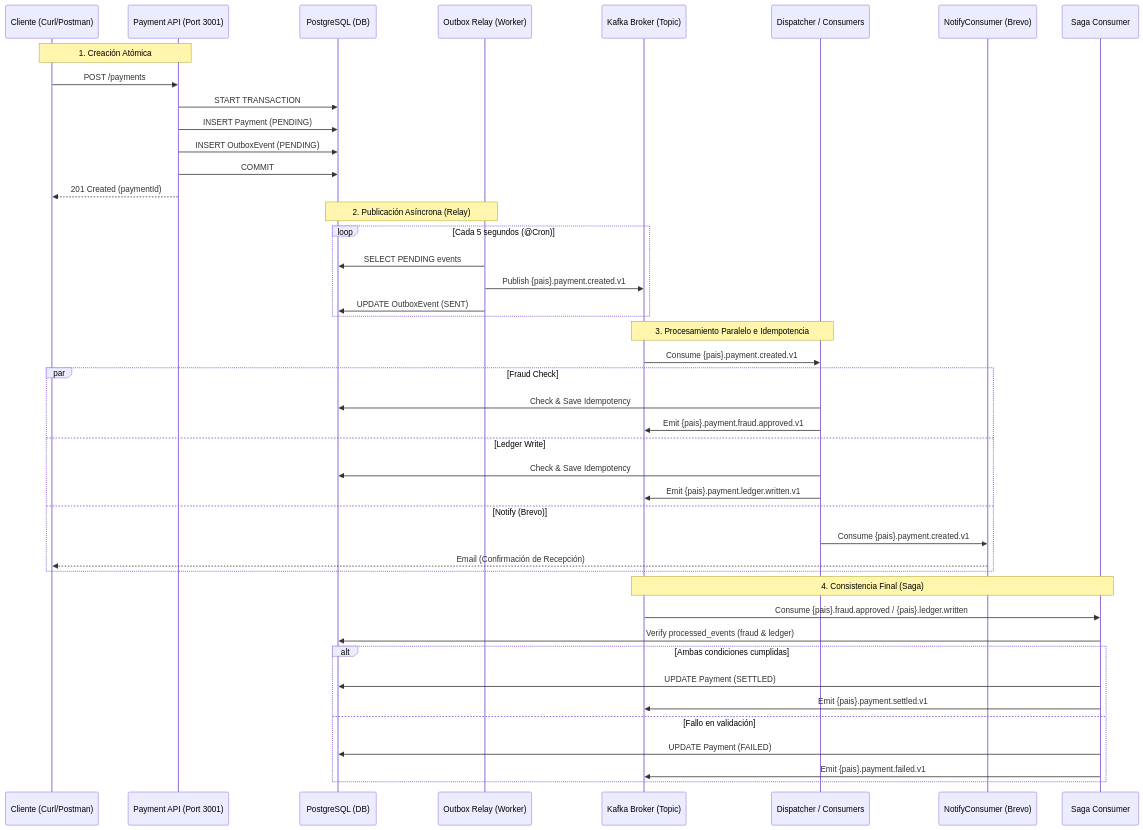
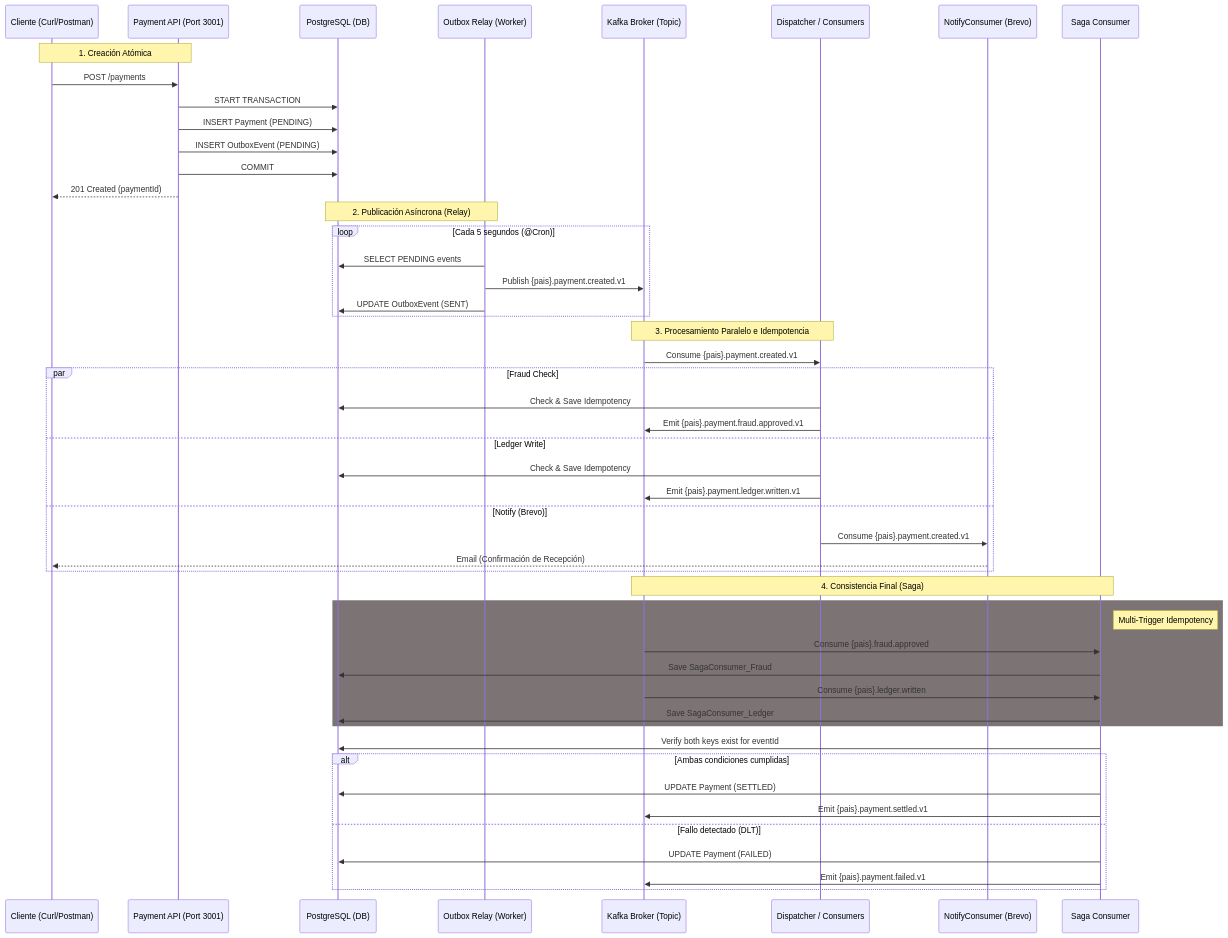
The first of 2 diagrams in challenge-1/README.md (yaperos/code-challenge-tl), drawn with Mermaid before and after one commit. The commit also changed other lines of this file and 17 other files, not shown here.

````diff
--- a/challenge-1/README.md
+++ b/challenge-1/README.md
@@ -11,50 +11,56 @@
 ```mermaid
 sequenceDiagram
     participant C as Cliente (Curl/Postman)
     participant API as Payment API (Port 3001)
     participant DB as PostgreSQL (DB)
     participant R as Outbox Relay (Worker)
     participant K as Kafka Broker (Topic)
     participant D as Dispatcher / Consumers
     participant N as NotifyConsumer (Brevo)
     participant S as Saga Consumer
 
     Note over C,API: 1. Creación Atómica
     C->>API: POST /payments
     API->>DB: START TRANSACTION
     API->>DB: INSERT Payment (PENDING)
     API->>DB: INSERT OutboxEvent (PENDING)
     API->>DB: COMMIT
     API-->>C: 201 Created (paymentId)
 
     Note over R,DB: 2. Publicación Asíncrona (Relay)
     loop Cada 5 segundos (@Cron)
         R->>DB: SELECT PENDING events
         R->>K: Publish {pais}.payment.created.v1
         R->>DB: UPDATE OutboxEvent (SENT)
     end
 
     Note over K,D: 3. Procesamiento Paralelo e Idempotencia
     K->>D: Consume {pais}.payment.created.v1
     par Fraud Check
         D->>DB: Check & Save Idempotency
         D->>K: Emit {pais}.payment.fraud.approved.v1
     and Ledger Write
         D->>DB: Check & Save Idempotency
         D->>K: Emit {pais}.payment.ledger.written.v1
     and Notify (Brevo)
         D->>N: Consume {pais}.payment.created.v1
         N-->>C: Email (Confirmación de Recepción)
     end
 
     Note over K,S: 4. Consistencia Final (Saga)
-    K->>S: Consume {pais}.fraud.approved / {pais}.ledger.written
-    S->>DB: Verify processed_events (fraud & ledger)
+    rect rgba(124, 116, 116, 1)
+        Note right of S: Multi-Trigger Idempotency
+        K->>S: Consume {pais}.fraud.approved
+        S->>DB: Save SagaConsumer_Fraud
+        K->>S: Consume {pais}.ledger.written
+        S->>DB: Save SagaConsumer_Ledger
+    end
+    S->>DB: Verify both keys exist for eventId
     alt Ambas condiciones cumplidas
         S->>DB: UPDATE Payment (SETTLED)
         S->>K: Emit {pais}.payment.settled.v1
-    else Fallo en validación
+    else Fallo detectado (DLT)
         S->>DB: UPDATE Payment (FAILED)
         S->>K: Emit {pais}.payment.failed.v1
     end
 ```
````
